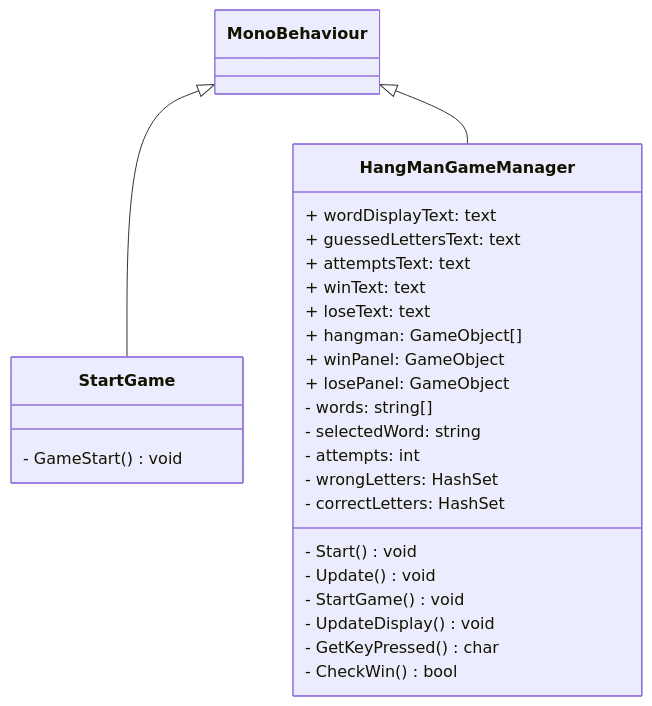
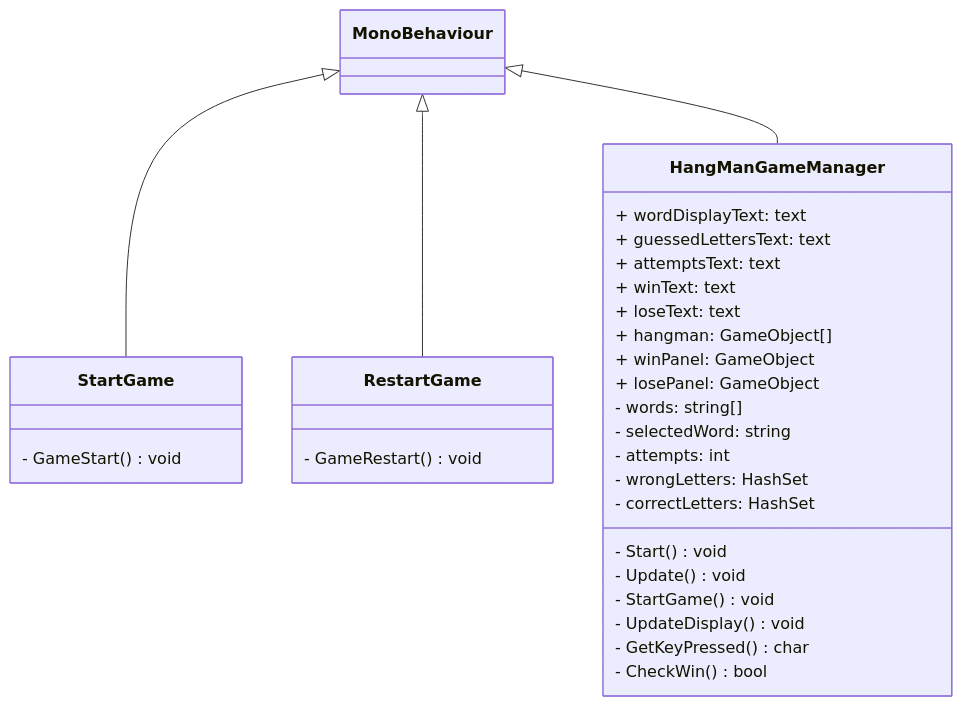
The diagram in README.md (4ahmns-sosem-2324/12-Hangman-hjauch), drawn with Mermaid before and after one commit.

Commit message:
Update des Diagramms

````diff
--- a/README.md
+++ b/README.md
@@ -2,30 +2,34 @@
 ```mermaid
 classDiagram
     MonoBehaviour <|-- StartGame
+    MonoBehaviour <|-- RestartGame
     MonoBehaviour <|-- HangManGameManager
    
     class StartGame {
         - GameStart() void
+    }
+    class RestartGame {
+        - GameRestart() void
     }
     class HangManGameManager {
         + wordDisplayText: text
         + guessedLettersText: text
         + attemptsText: text
         + winText: text
         + loseText: text
         + hangman: GameObject[]
         + winPanel: GameObject
         + losePanel: GameObject
         - words: string[]
         - selectedWord: string
         - attempts: int
         - wrongLetters: HashSet
         - correctLetters: HashSet
         - Start() void
         - Update() void
         - StartGame() void
         - UpdateDisplay() void
         - GetKeyPressed() char
         - CheckWin() bool
     }
 ```
````
